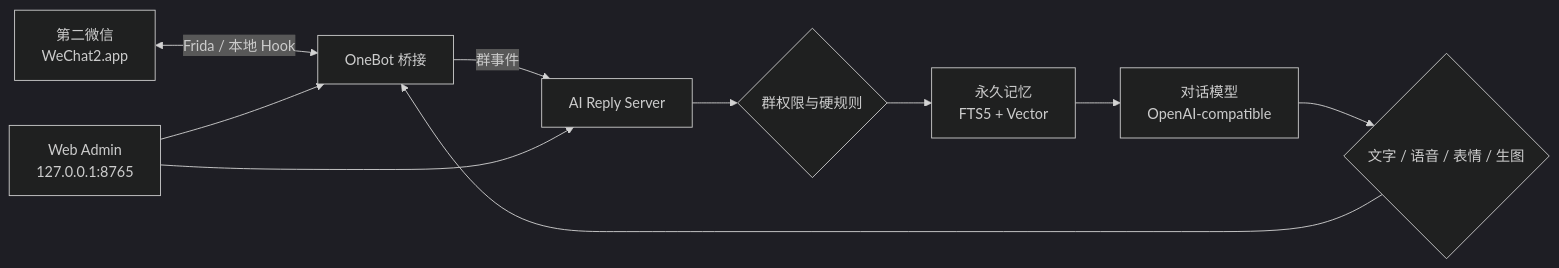
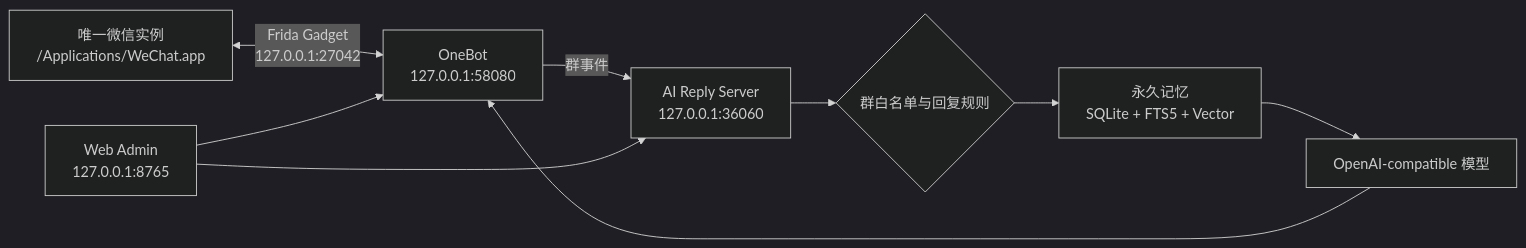
The diagram in README.md (xiaoguiwucan/wechat-mac-hook), drawn with Mermaid (dark theme) before and after one commit. The commit also changed other lines of this file and 75 other files, not shown here.

````diff
--- a/README.md
+++ b/README.md
@@ -48,12 +29,11 @@
 ```mermaid
 flowchart LR
-    W2["第二微信<br/>WeChat2.app"] <-->|"Frida / 本地 Hook"| OB["OneBot 桥接"]
-    OB -->|"群事件"| AI["AI Reply Server"]
-    AI --> ACL{"群权限与硬规则"}
-    ACL --> MEM["永久记忆<br/>FTS5 + Vector"]
-    MEM --> MODEL["对话模型<br/>OpenAI-compatible"]
-    MODEL --> MEDIA{"文字 / 语音 / 表情 / 生图"}
-    MEDIA --> OB
+    WX["唯一微信实例<br/>/Applications/WeChat.app"] <-->|"Frida Gadget<br/>127.0.0.1:27042"| OB["OneBot<br/>127.0.0.1:58080"]
+    OB -->|"群事件"| AI["AI Reply Server<br/>127.0.0.1:36060"]
+    AI --> ACL{"群白名单与回复规则"}
+    ACL --> MEM["永久记忆<br/>SQLite + FTS5 + Vector"]
+    MEM --> MODEL["OpenAI-compatible 模型"]
+    MODEL --> OB
     WEB["Web Admin<br/>127.0.0.1:8765"] --> AI
     WEB --> OB
 ```
````
